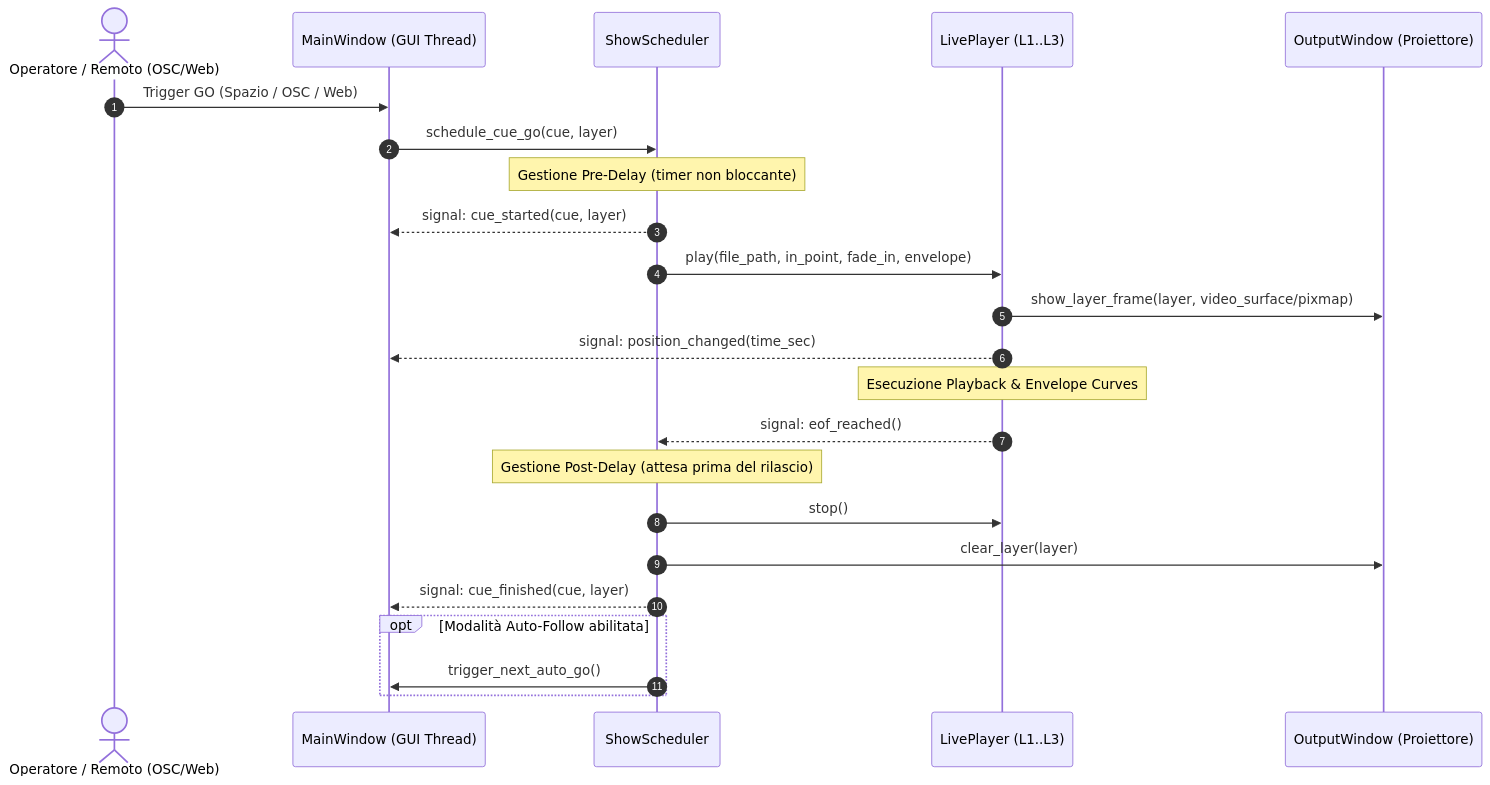
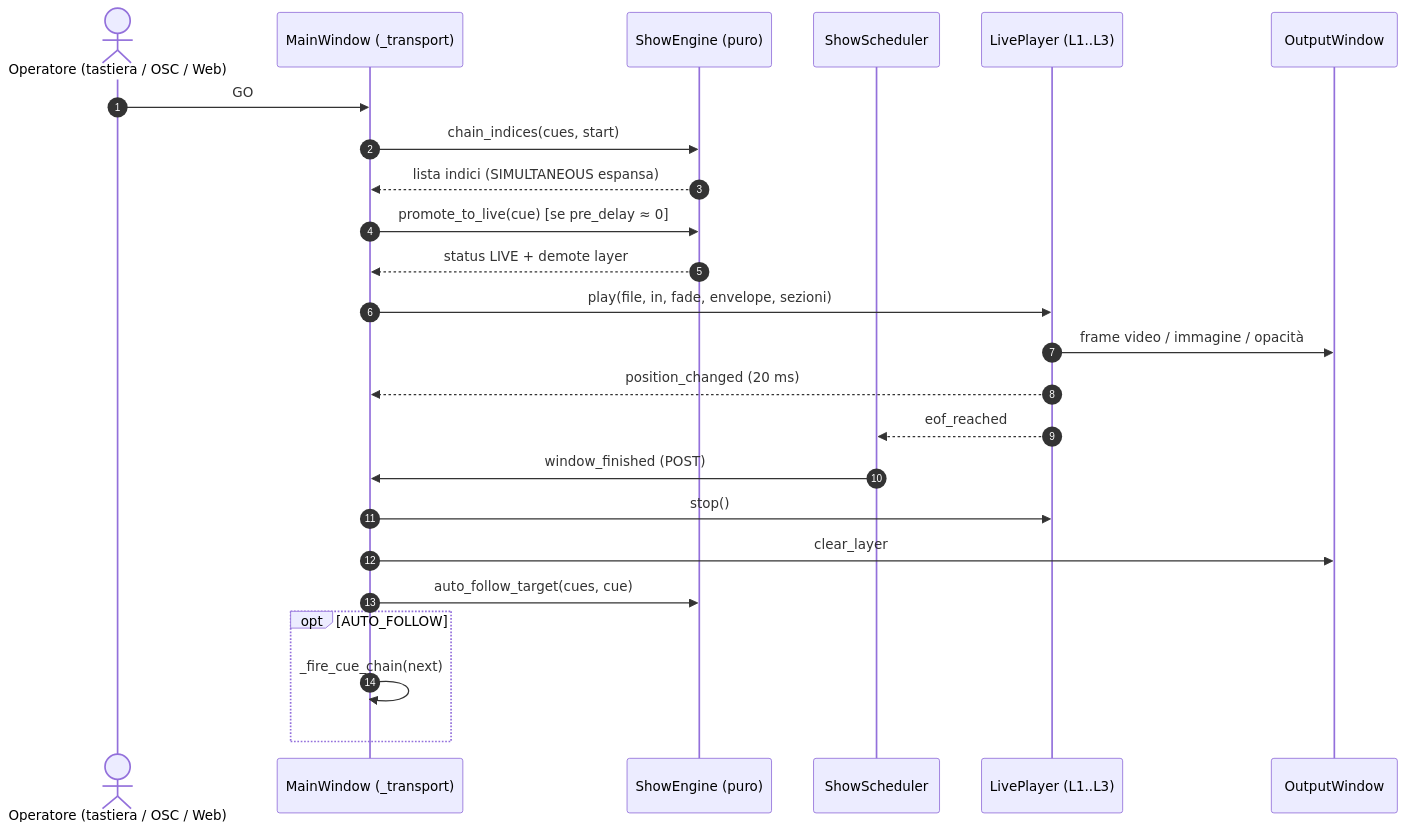
Before and after one commit to diego-costanzo/BlindCUE: the third of 3 diagrams in docs/ARCHITECTURE.md, drawn with Mermaid. The commit also changed other lines of this file and 101 other files, not shown here.

````diff
--- a/docs/ARCHITECTURE.md
+++ b/docs/ARCHITECTURE.md
@@ -70,26 +234,27 @@
 ```mermaid
 sequenceDiagram
     autonumber
-    actor Tech as Operatore / Remoto (OSC/Web)
-    participant UI as MainWindow (GUI Thread)
-    participant Sched as ShowScheduler
-    participant LiveEngine as LivePlayer (L1..L3)
-    participant OutWin as OutputWindow (Proiettore)
+    actor Op as Operatore (tastiera / OSC / Web)
+    participant MW as MainWindow (_transport)
+    participant SE as ShowEngine (puro)
+    participant SCH as ShowScheduler
+    participant LP as LivePlayer (L1..L3)
+    participant OUT as OutputWindow
 
-    Tech->>UI: Trigger GO (Spazio / OSC / Web)
-    UI->>Sched: schedule_cue_go(cue, layer)
-    Note over Sched: Gestione Pre-Delay (timer non bloccante)
-    Sched-->>UI: signal: cue_started(cue, layer)
-    Sched->>LiveEngine: play(file_path, in_point, fade_in, envelope)
-    LiveEngine->>OutWin: show_layer_frame(layer, video_surface/pixmap)
-    LiveEngine-->>UI: signal: position_changed(time_sec)
-    Note over LiveEngine: Esecuzione Playback & Envelope Curves
-    LiveEngine-->>Sched: signal: eof_reached()
-    Note over Sched: Gestione Post-Delay (attesa prima del rilascio)
-    Sched->>LiveEngine: stop()
-    Sched->>OutWin: clear_layer(layer)
-    Sched-->>UI: signal: cue_finished(cue, layer)
-    opt Modalità Auto-Follow abilitata
-        Sched->>UI: trigger_next_auto_go()
+    Op->>MW: GO
+    MW->>SE: chain_indices(cues, start)
+    SE-->>MW: lista indici (SIMULTANEOUS espansa)
+    MW->>SE: promote_to_live(cue) [se pre_delay ≈ 0]
+    SE-->>MW: status LIVE + demote layer
+    MW->>LP: play(file, in, fade, envelope, sezioni)
+    LP->>OUT: frame video / immagine / opacità
+    LP-->>MW: position_changed (20 ms)
+    LP-->>SCH: eof_reached
+    SCH->>MW: window_finished (POST)
+    MW->>LP: stop()
+    MW->>OUT: clear_layer
+    MW->>SE: auto_follow_target(cues, cue)
+    opt AUTO_FOLLOW
+        MW->>MW: _fire_cue_chain(next)
     end
 ```
````
